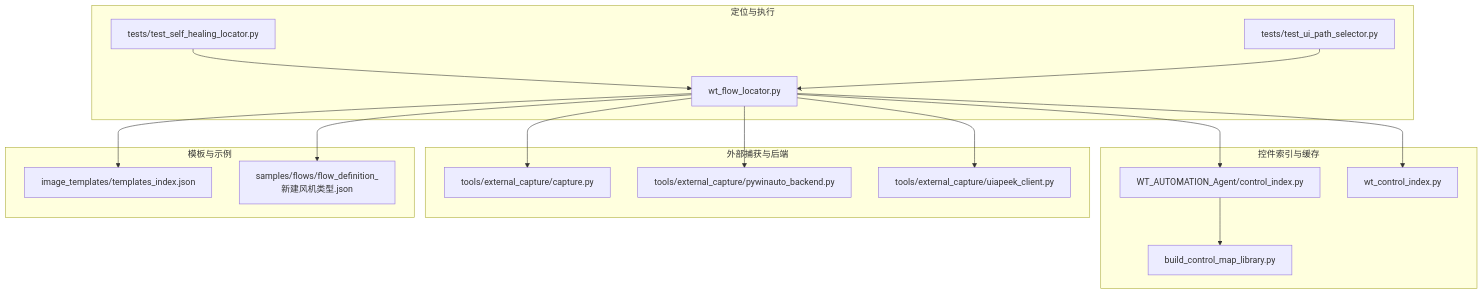
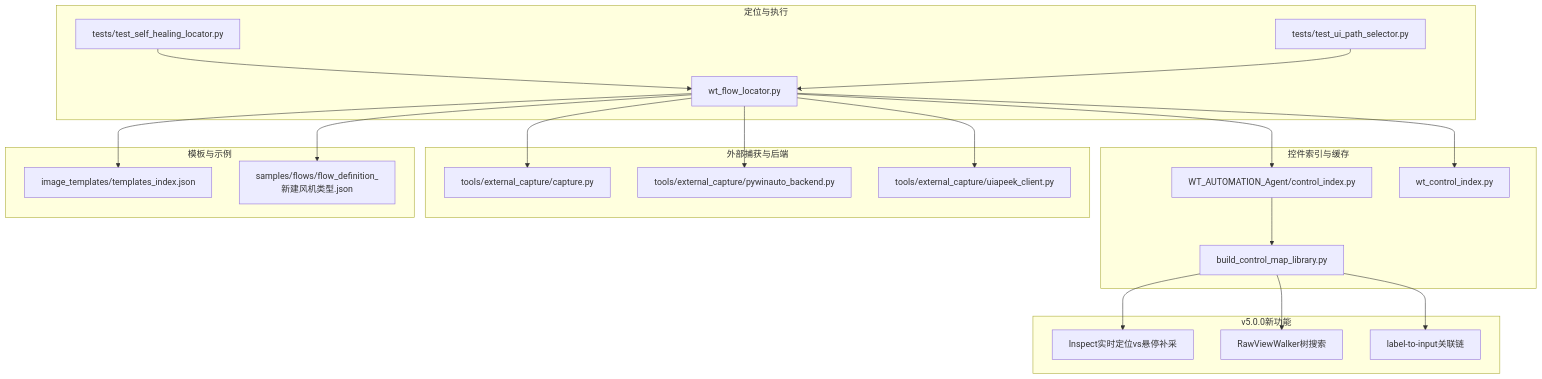
Before and after one commit to hanago33/WT_Automation: the first of 3 diagrams in .qoder/repowiki/zh/content/核心概念/控件定位策略/控件定位策略.md, drawn with Mermaid. The commit also changed other lines of this file and 247 other files, not shown here.

````diff
--- a/.qoder/repowiki/zh/content/核心概念/控件定位策略/控件定位策略.md
+++ b/.qoder/repowiki/zh/content/核心概念/控件定位策略/控件定位策略.md
@@ -48,32 +117,40 @@
 ```mermaid
 graph TB
 subgraph "定位与执行"
 L["wt_flow_locator.py"]
 T1["tests/test_self_healing_locator.py"]
 T2["tests/test_ui_path_selector.py"]
 end
 subgraph "控件索引与缓存"
 CI1["WT_AUTOMATION_Agent/control_index.py"]
 CI2["wt_control_index.py"]
 BCL["build_control_map_library.py"]
 end
 subgraph "外部捕获与后端"
 CAP["tools/external_capture/capture.py"]
 PYW["tools/external_capture/pywinauto_backend.py"]
 UIA["tools/external_capture/uiapeek_client.py"]
 end
 subgraph "模板与示例"
 TMP["image_templates/templates_index.json"]
 FLOW["samples/flows/flow_definition_新建风机类型.json"]
 end
+subgraph "v5.0.0新功能"
+INSPECT["Inspect实时定位vs悬停补采"]
+RAWVIEW["RawViewWalker树搜索"]
+LABELREL["label-to-input关联链"]
+end
 L --> CI1
 L --> CI2
 L --> CAP
 L --> PYW
 L --> UIA
 L --> TMP
 L --> FLOW
 CI1 --> BCL
 T1 --> L
 T2 --> L
+BCL --> INSPECT
+BCL --> RAWVIEW
+BCL --> LABELREL
 ```
````
